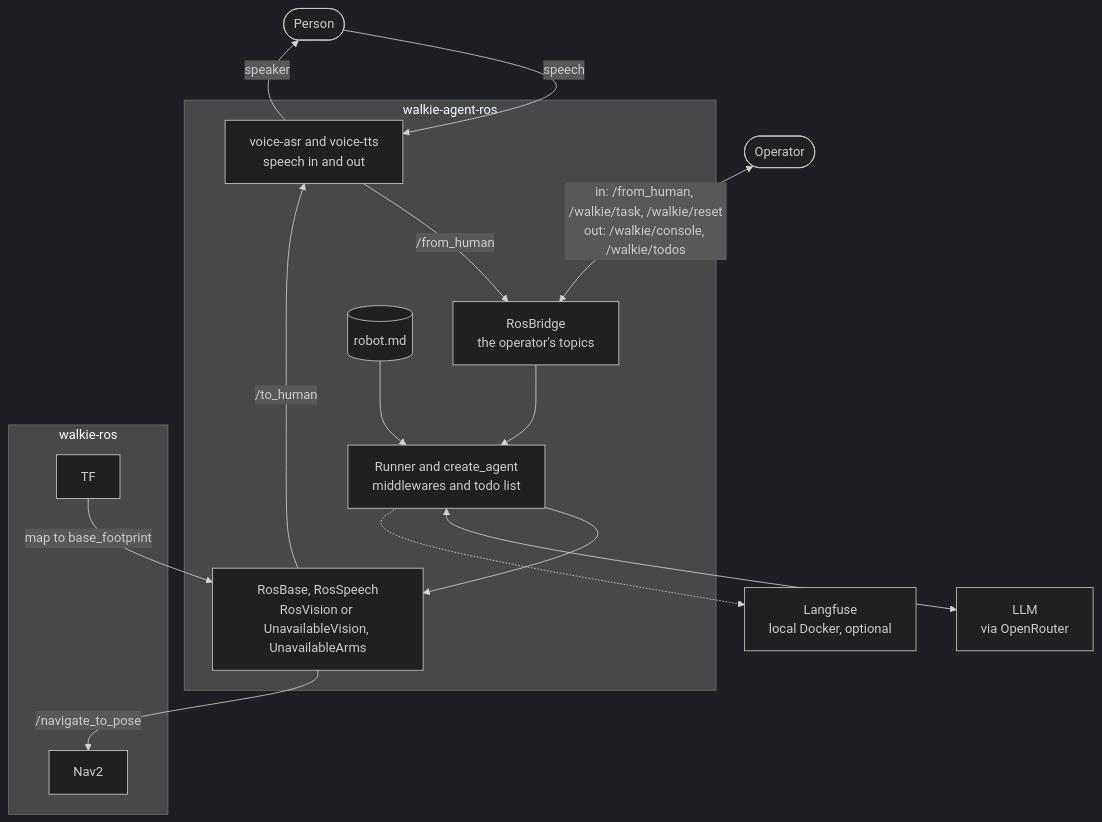
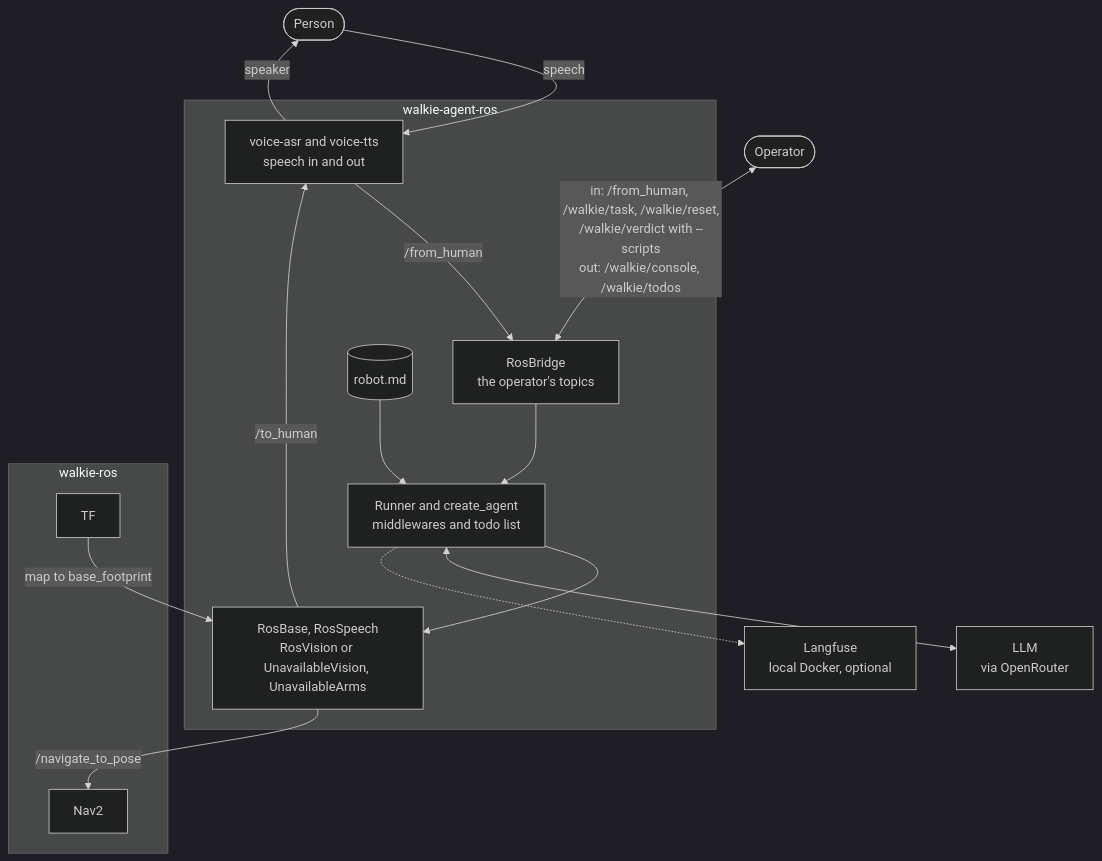
One commit to EIC-Robocup-2026/walkie-agent-ros changed the first of 4 diagrams in docs/architecture/agent.md. Above: the diagram before and after it, drawn with Mermaid (dark theme). The commit also changed other lines of this file and 3 other files, not shown here.

First line of the commit message:
docs: describe run_script on the agent and the operator's verdict

````diff
--- a/docs/architecture/agent.md
+++ b/docs/architecture/agent.md
@@ -92,34 +97,34 @@
 ```mermaid
 flowchart TB
   person([Person])
   operator([Operator])
 
   subgraph agent_repo["walkie-agent-ros"]
     voice["voice-asr and voice-tts<br/>speech in and out"]
     bridge["RosBridge<br/>the operator's topics"]
     runner["Runner and create_agent<br/>middlewares and todo list"]
     verbs["RosBase, RosSpeech<br/>RosVision or UnavailableVision, UnavailableArms"]
     robotmd[("robot.md")]
   end
 
   llm["LLM<br/>via OpenRouter"]
   langfuse["Langfuse<br/>local Docker, optional"]
 
   subgraph robot["walkie-ros"]
     nav2["Nav2"]
     tf["TF"]
   end
 
   person -- speech --> voice
   voice -- speaker --> person
   voice -- "/from_human" --> bridge
   verbs -- "/to_human" --> voice
-  operator <-- "in: /from_human, /walkie/task, /walkie/reset<br/>out: /walkie/console, /walkie/todos" --> bridge
+  operator <-- "in: /from_human, /walkie/task, /walkie/reset,<br/>/walkie/verdict with --scripts<br/>out: /walkie/console, /walkie/todos" --> bridge
   bridge --> runner
   runner --> verbs
   robotmd --> runner
   runner <--> llm
   runner -.-> langfuse
   verbs -- "/navigate_to_pose" --> nav2
   tf -- "map to base_footprint" --> verbs
 ```
````
